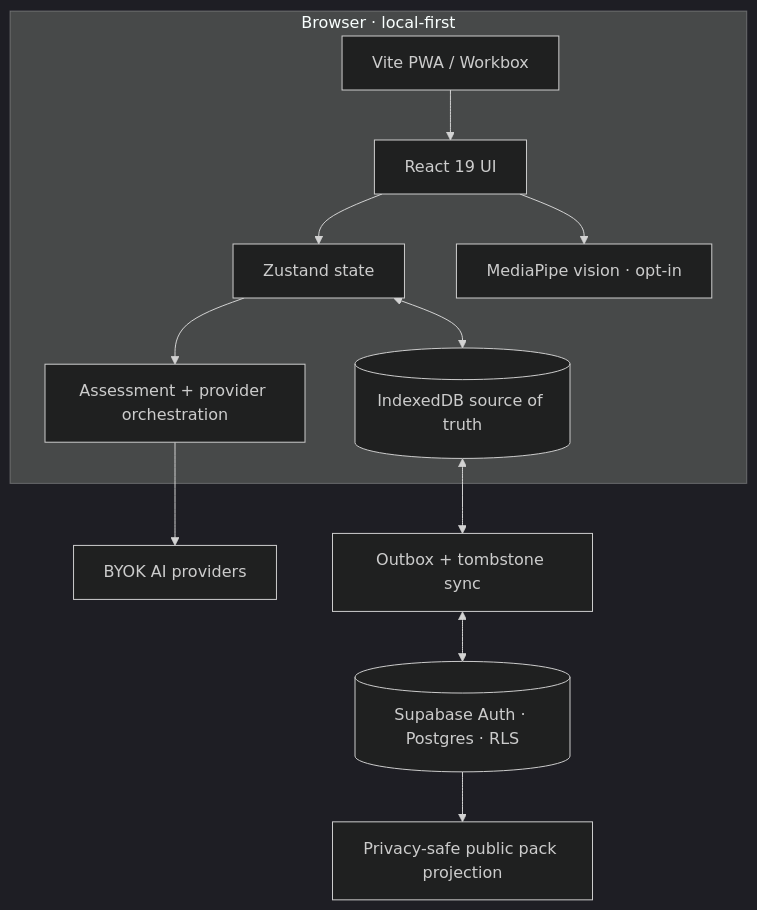
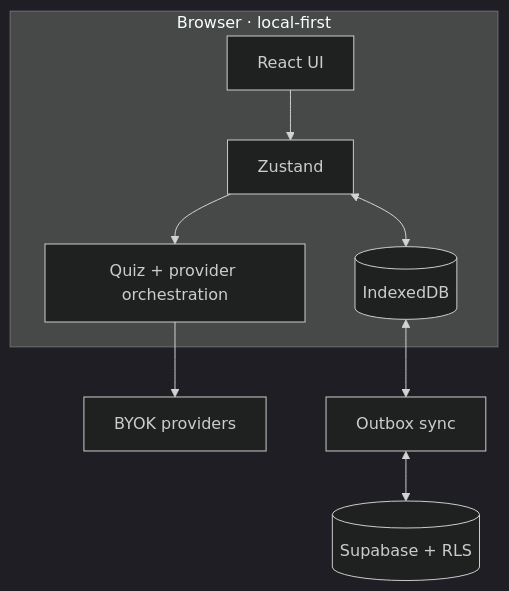
One commit to SeraKah-1/noodl changed the third of 3 diagrams in README.md. Above: the diagram before and after it, drawn with Mermaid (dark theme). The commit also changed other lines of this file, not shown here.

````diff
--- a/README.md
+++ b/README.md
@@ -183,21 +133,14 @@
 ```mermaid
 flowchart TB
     subgraph Browser["Browser · local-first"]
-        UI["React 19 UI"]
-        STORE["Zustand state"]
-        ORCH["Assessment + provider orchestration"]
-        IDB[("IndexedDB source of truth")]
-        VISION["MediaPipe vision · opt-in"]
-        PWA["Vite PWA / Workbox"]
-        UI --> STORE
-        STORE --> ORCH
+        UI["React UI"]
+        STORE["Zustand"]
+        ORCH["Quiz + provider orchestration"]
+        IDB[("IndexedDB")]
+        UI --> STORE --> ORCH
         STORE <--> IDB
-        UI --> VISION
-        PWA --> UI
     end
-
-    ORCH --> PROVIDERS["BYOK AI providers"]
-    IDB <--> SYNC["Outbox + tombstone sync"]
-    SYNC <--> SUPA[("Supabase Auth · Postgres · RLS")]
-    SUPA --> PUBLIC["Privacy-safe public pack projection"]
+    ORCH --> PROVIDERS["BYOK providers"]
+    IDB <--> SYNC["Outbox sync"]
+    SYNC <--> SUPA[("Supabase + RLS")]
 ```
````
